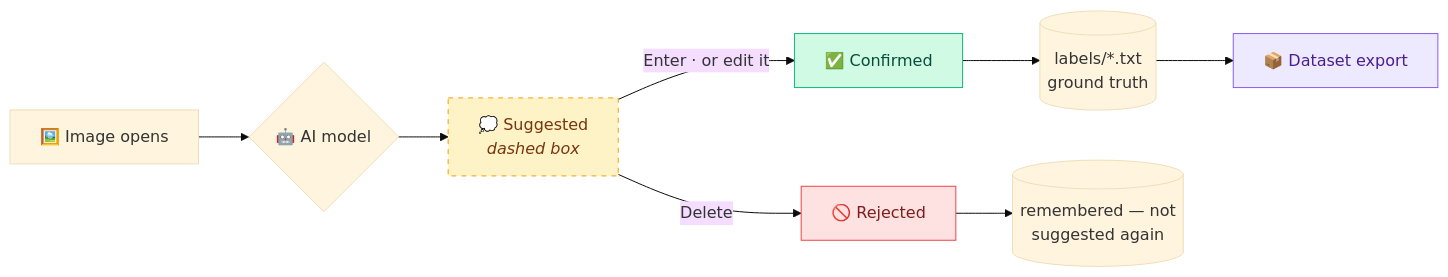
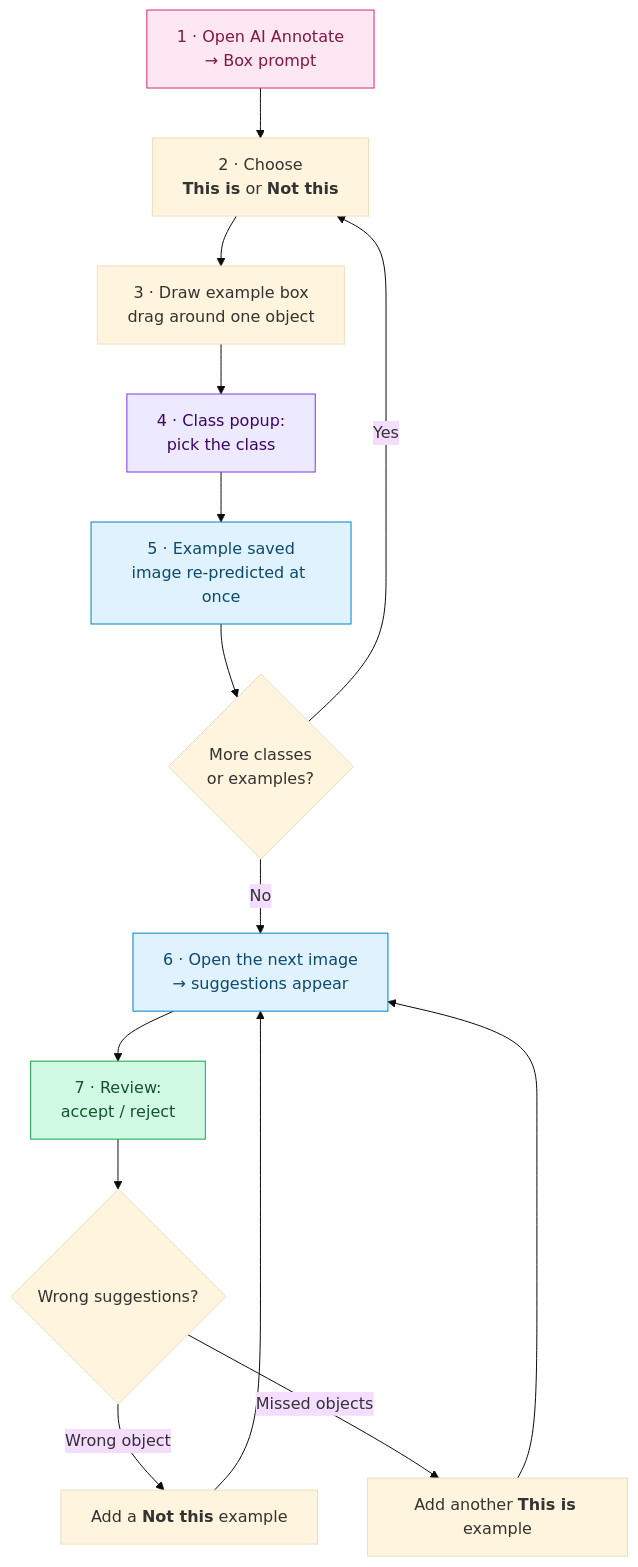
Before and after one commit to ChandraMahesh24/Annomaster1: the fifth of 7 diagrams in docs/ai-labelling.md, drawn with Mermaid (base theme). The commit also changed other lines of this file and 2 other files, not shown here.

Commit message:
Expand AI-assisted labelling guide with step-by-step diagrams

````diff
--- a/docs/ai-labelling.md
+++ b/docs/ai-labelling.md
@@ -81,15 +194,22 @@
 ```mermaid
-flowchart LR
-    A["🖼️ Image opens"] --> B{"🤖 AI model"}
-    B --> C["💭 Suggested<br/><i>dashed box</i>"]
-    C -->|"Enter · or edit it"| D["✅ Confirmed"]
-    C -->|"Delete"| E["🚫 Rejected"]
-    D --> F[("labels/*.txt<br/>ground truth")]
-    E --> G[("remembered — not<br/>suggested again")]
-    F --> H["📦 Dataset export"]
+flowchart TD
+    A["1 · Open AI Annotate<br/>→ Box prompt"] --> B["2 · Choose<br/><b>This is</b> or <b>Not this</b>"]
+    B --> C["3 · Draw example box<br/>drag around one object"]
+    C --> D["4 · Class popup:<br/>pick the class"]
+    D --> E["5 · Example saved<br/>image re-predicted at once"]
+    E --> F{"More classes<br/>or examples?"}
+    F -->|Yes| B
+    F -->|No| G["6 · Open the next image<br/>→ suggestions appear"]
+    G --> H["7 · Review:<br/>accept / reject"]
+    H --> I{"Wrong suggestions?"}
+    I -->|"Wrong object"| J["Add a <b>Not this</b> example"]
+    I -->|"Missed objects"| K["Add another <b>This is</b> example"]
+    J --> G
+    K --> G
 
-    style C fill:#fef3c7,stroke:#f59e0b,stroke-dasharray: 5 5,color:#78350f
-    style D fill:#d1fae5,stroke:#10b981,color:#064e3b
-    style E fill:#fee2e2,stroke:#ef4444,color:#7f1d1d
-    style H fill:#ede9fe,stroke:#8b5cf6,color:#4c1d95
+    style A fill:#fce7f3,stroke:#db2777,color:#831843
+    style D fill:#ede9fe,stroke:#7c3aed,color:#3b0764
+    style E fill:#e0f2fe,stroke:#0284c7,color:#0c4a6e
+    style G fill:#e0f2fe,stroke:#0284c7,color:#0c4a6e
+    style H fill:#d1fae5,stroke:#16a34a,color:#14532d
 ```
````
